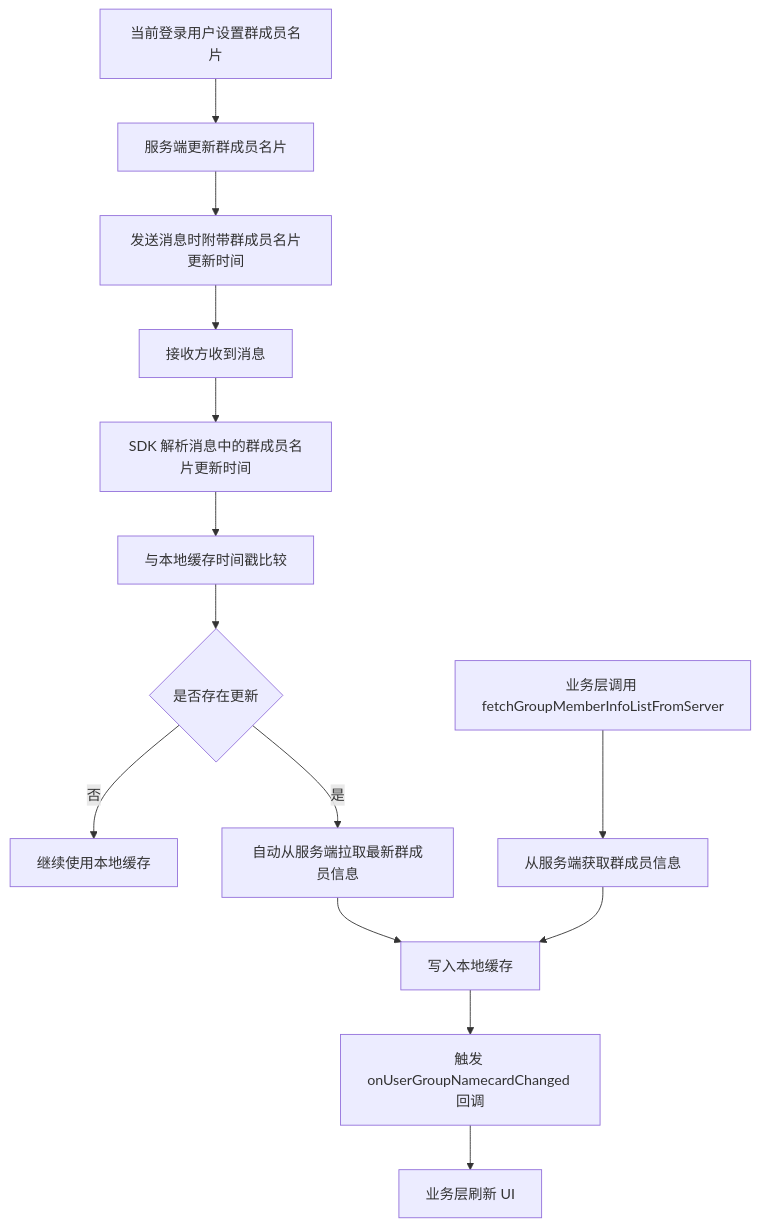
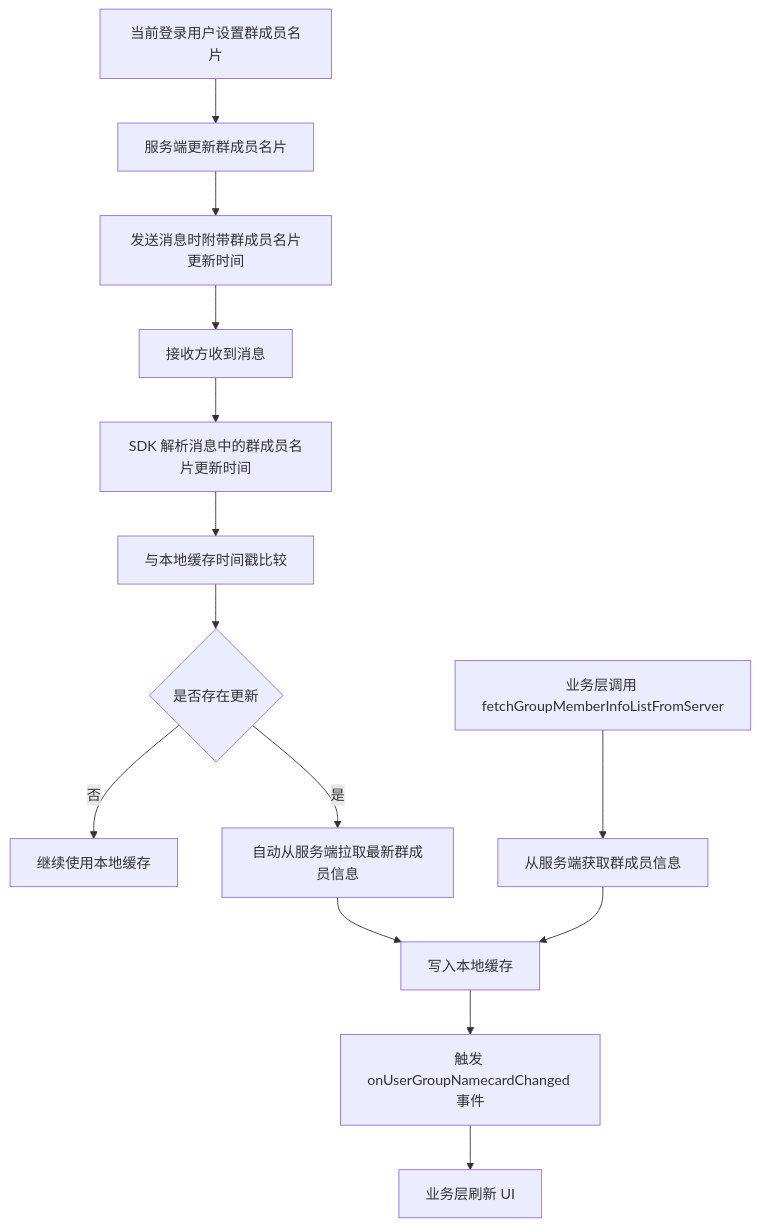
One commit to easemob/easemob-doc changed the diagram in docs/document/ios/group_namecard.md. Above: the diagram before and after it, drawn with Mermaid. The commit also changed other lines of this file and 1 other file, not shown here.

````diff
--- a/docs/document/ios/group_namecard.md
+++ b/docs/document/ios/group_namecard.md
@@ -27,18 +23,18 @@
 ```mermaid
 flowchart TD
     A["当前登录用户设置群成员名片"] --> B["服务端更新群成员名片"]
     B --> C["发送消息时附带群成员名片更新时间"]
     C --> D["接收方收到消息"]
     D --> E["SDK 解析消息中的群成员名片更新时间"]
     E --> F["与本地缓存时间戳比较"]
     F --> G{"是否存在更新"}
     G -- "否" --> H["继续使用本地缓存"]
     G -- "是" --> I["自动从服务端拉取最新群成员信息"]
     I --> J["写入本地缓存"]
-    J --> K["触发 onUserGroupNamecardChanged 回调"]
+    J --> K["触发 onUserGroupNamecardChanged 事件"]
     K --> L["业务层刷新 UI"]
 
     M["业务层调用 fetchGroupMemberInfoListFromServer"] --> N["从服务端获取群成员信息"]
     N --> J
 
 ```
````
